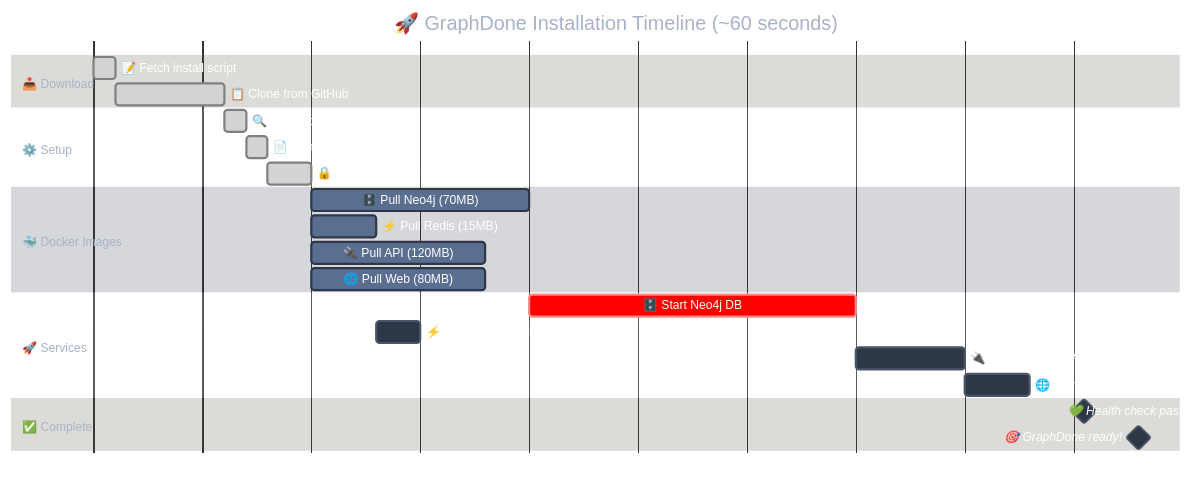
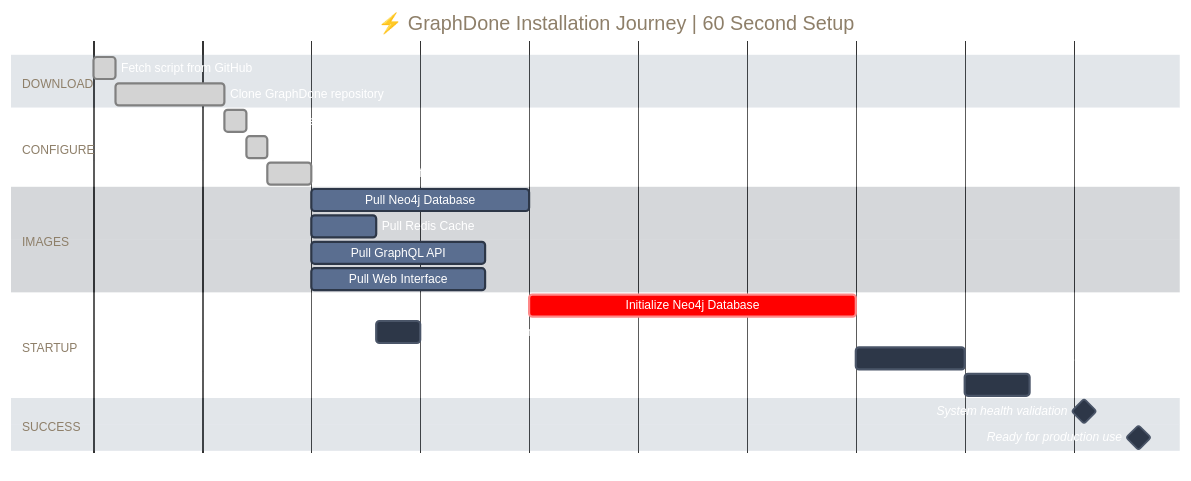
One commit to GraphDone/GraphDone-Core changed the sixth of 6 diagrams in docs/installation-flow.md. Above: the diagram before and after it, drawn with Mermaid. The commit also changed other lines of this file, not shown here.

Commit message:
Fix Installation Timeline theme consistency with readable colors
- Updated Installation Timeline to use consistent dark theme
- White text (#FFFFFF) on dark background (#1A202C) for readability
- Maintains same visual style as other diagrams
- Keeps timeline structure and emojis for clarity

````diff
--- a/docs/installation-flow.md
+++ b/docs/installation-flow.md
@@ -352,56 +352,48 @@
 ```mermaid
 %%{init: {
   'theme': 'base',
   'themeVariables': {
     'primaryColor': '#2D3748',
     'primaryTextColor': '#FFFFFF',
     'primaryBorderColor': '#4A5568',
-    'gridColor': '#4A5568',
+    'lineColor': '#68D391',
+    'secondaryColor': '#4A5568',
+    'tertiaryColor': '#718096',
     'background': '#1A202C',
-    'altBackground': '#374151',
-    'todayMarker': '#68D391',
-    'c0': '#10B981',
-    'c1': '#3B82F6',
-    'c2': '#8B5CF6',
-    'c3': '#F59E0B',
-    'c4': '#EF4444',
-    'c5': '#22C55E',
-    'cScale0': '#10B981',
-    'cScale1': '#3B82F6',
-    'cScale2': '#8B5CF6',
-    'cScale3': '#F59E0B',
-    'cScale4': '#EF4444',
-    'cScale5': '#22C55E'
+    'mainBkg': '#2D3748',
+    'secondBkg': '#374151',
+    'tertiaryBkg': '#4A5568',
+    'clusterBkg': '#374151'
   }
 }}%%
 
 gantt
-    title 🚀 GraphDone Installation Timeline (~60 seconds)
+    title ⚡ GraphDone Installation Journey | 60 Second Setup
     dateFormat ss
     axisFormat %Ss
     
-    section 📥 Download
-    📝 Fetch install script    :done, fetch, 00, 1s
-    📋 Clone from GitHub       :done, clone, 01, 5s
+    section DOWNLOAD
+    Fetch script from GitHub        :done, fetch, 00, 1s
+    Clone GraphDone repository      :done, clone, 01, 5s
     
-    section ⚙️ Setup
-    🔍 Check dependencies      :done, req, 06, 1s
-    📄 Configure environment   :done, env, 07, 1s
-    🔒 Generate TLS certs      :done, cert, 08, 2s
+    section CONFIGURE  
+    Verify system requirements      :done, req, 06, 1s
+    Create environment config       :done, env, 07, 1s
+    Generate SSL certificates       :done, cert, 08, 2s
     
-    section 🐳 Docker Images
-    🗄️ Pull Neo4j (70MB)      :active, neo4j, 10, 10s
-    ⚡ Pull Redis (15MB)       :active, redis, 10, 3s
-    🔌 Pull API (120MB)        :active, api, 10, 8s
-    🌐 Pull Web (80MB)         :active, web, 10, 8s
+    section IMAGES
+    Pull Neo4j Database             :active, neo4j, 10, 10s
+    Pull Redis Cache                :active, redis, 10, 3s
+    Pull GraphQL API                :active, api, 10, 8s
+    Pull Web Interface              :active, web, 10, 8s
     
-    section 🚀 Services
-    🗄️ Start Neo4j DB         :crit, startneo, 20, 15s
-    ⚡ Start Redis Cache       :startredis, 13, 2s
-    🔌 Start GraphQL API       :startapi, 35, 5s
-    🌐 Start Web Interface     :startweb, 40, 3s
+    section STARTUP
+    Initialize Neo4j Database       :crit, startneo, 20, 15s
+    Launch Redis Cache              :startredis, 13, 2s
+    Start GraphQL API Server        :startapi, 35, 5s
+    Deploy Web Application          :startweb, 40, 3s
     
-    section ✅ Complete
-    💚 Health check pass       :milestone, health, 43, 5s
-    🎯 GraphDone ready!        :milestone, ready, 48, 0s
+    section SUCCESS
+    System health validation        :milestone, health, 43, 5s
+    Ready for production use        :milestone, ready, 48, 0s
 ```
````
